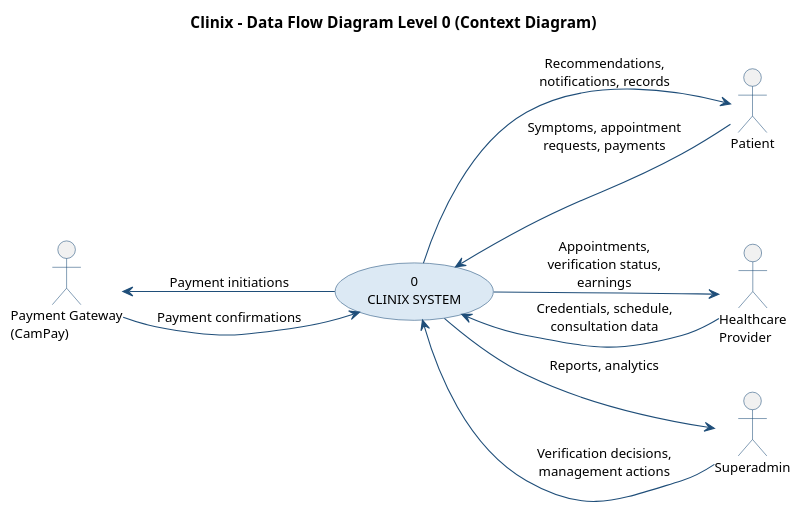
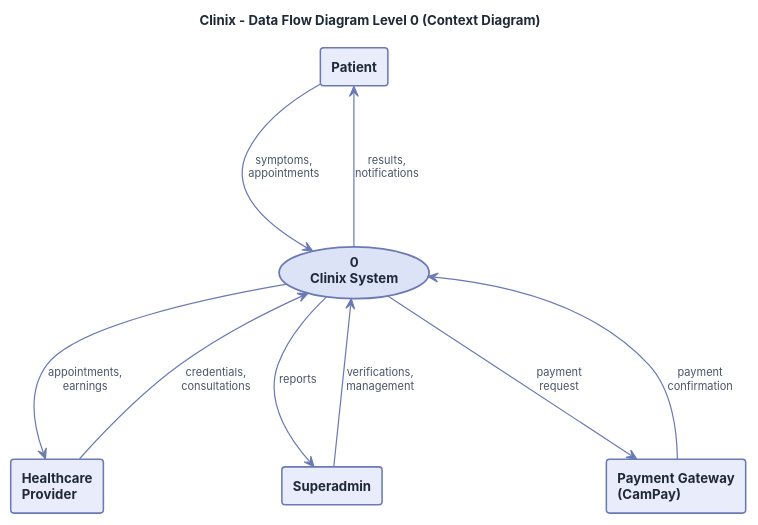
Before and after one commit to Perry-Bradley/clinix: the diagram in report/figures/plantuml/01_dfd_level0.puml, drawn with PlantUML. The commit also changed 48 other files, not shown here.

```diff
--- a/report/figures/plantuml/01_dfd_level0.puml
+++ b/report/figures/plantuml/01_dfd_level0.puml
@@ -1,37 +1,70 @@
 @startuml dfd_level0
 ' --------------------------------------------------------------
-' DFD Level 0 - Context Diagram for the Clinix System
-' Figure 3.0 in the BTech report
+' DFD Level 0 (Context Diagram) for the Clinix System
+' Yourdon/DeMarco notation, no stick-figure actors.
+' Lavender styling to match the standard textbook look.
+' Uses PlantUML CSS <style> blocks (replaces deprecated
+' skinparam padding warning).
 ' --------------------------------------------------------------
 title Clinix - Data Flow Diagram Level 0 (Context Diagram)
 
-skinparam backgroundColor #FFFFFF
-skinparam shadowing false
-skinparam defaultFontName "Inter, Helvetica, sans-serif"
-skinparam defaultFontSize 12
-skinparam ArrowColor #1F4E79
-skinparam ActorBorderColor #1F4E79
-skinparam UsecaseBorderColor #1F4E79
-skinparam UsecaseBackgroundColor #EAF2F9
+<style>
+root {
+  BackgroundColor #FFFFFF
+  FontName        "Inter, Helvetica, sans-serif"
+  FontSize        12
+  FontColor       #1F2937
+}
+rectangle {
+  BackgroundColor #E8ECFB
+  LineColor       #6B7AB3
+  LineThickness   1.4
+  FontStyle       bold
+  FontColor       #1F2937
+  RoundCorner     6
+  Padding         8
+  Margin          10
+}
+usecase {
+  BackgroundColor #DCE3F7
+  LineColor       #6B7AB3
+  LineThickness   1.6
+  FontStyle       bold
+  FontSize        12
+  FontColor       #1F2937
+  Padding         10
+  Margin          12
+}
+arrow {
+  LineColor       #6B7AB3
+  LineThickness   1.1
+  FontColor       #4A5568
+  FontSize        10
+}
+</style>
 
-left to right direction
+skinparam Nodesep 90
+skinparam Ranksep 120
 
-actor "Patient"            as Patient
-actor "Healthcare\nProvider" as Provider
-actor "Superadmin"         as Admin
-actor "Payment Gateway\n(CamPay)" as Gateway
+' ---- External entities (rectangles) ----
+rectangle "Patient"                   as Patient
+rectangle "Healthcare\nProvider"      as Provider
+rectangle "Superadmin"                as Admin
+rectangle "Payment Gateway\n(CamPay)" as Gateway
 
-usecase "0\nCLINIX SYSTEM" as System #DCE9F4
+' ---- Central process (numbered bubble) ----
+usecase "0\nClinix System" as System
 
-Patient   -down-> System : Symptoms, appointment\nrequests, payments
-System    -down-> Patient : Recommendations,\nnotifications, records
+' ---- One-way data flows with short labels ----
+Patient  --> System  : symptoms,\nappointments
+System   --> Patient : results,\nnotifications
 
-Provider  -down-> System : Credentials, schedule,\nconsultation data
-System    -down-> Provider : Appointments,\nverification status,\nearnings
+Provider --> System  : credentials,\nconsultations
+System   --> Provider : appointments,\nearnings
 
-Admin     -down-> System : Verification decisions,\nmanagement actions
-System    -down-> Admin  : Reports, analytics
+Admin    --> System  : verifications,\nmanagement
+System   --> Admin   : reports
 
-Gateway   -up->   System : Payment confirmations
-System    -up->   Gateway : Payment initiations
+Gateway  --> System  : payment\nconfirmation
+System   --> Gateway : payment\nrequest
 @enduml
```
